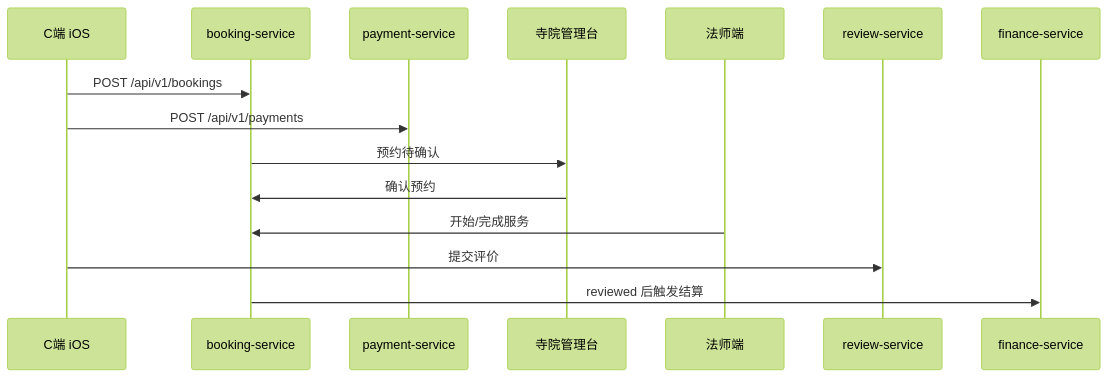
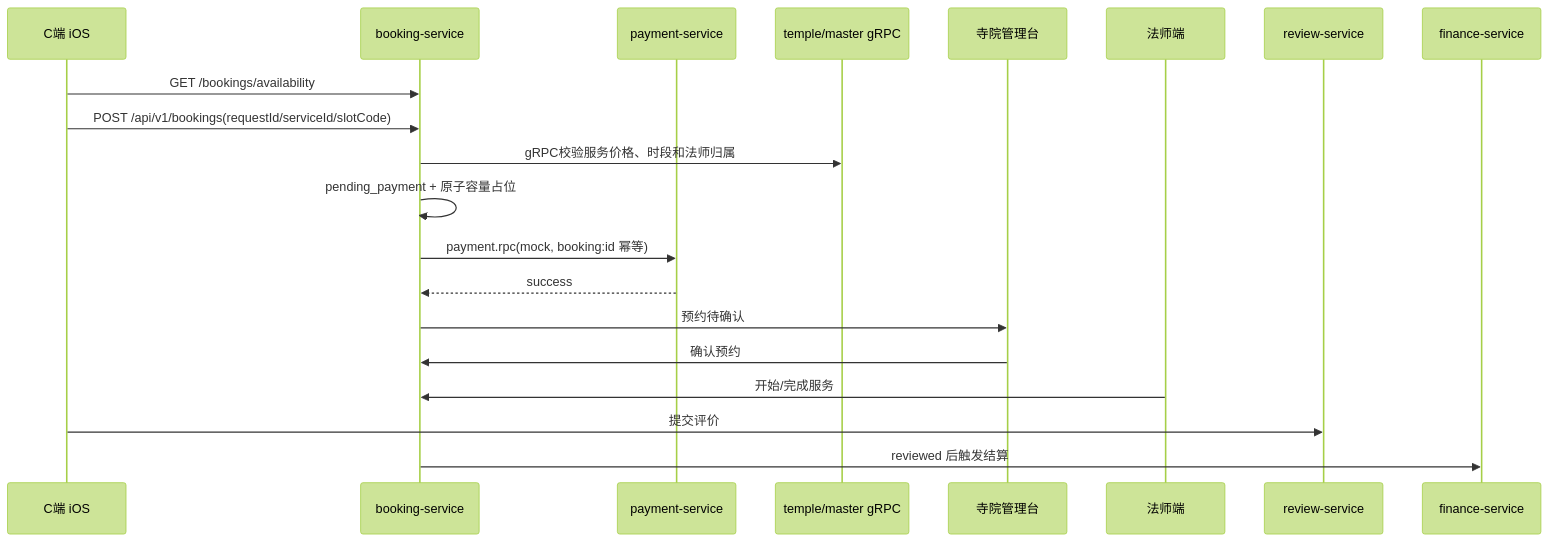
One commit to askxuan-dongfang/askxuan-docs changed the second of 3 diagrams in docs/product/业务逻辑对齐审计报告.md. Above: the diagram before and after it, drawn with Mermaid (forest theme). The commit also changed other lines of this file and 10 other files, not shown here.

Commit message:
docs: align booking payment and grpc contracts

````diff
--- a/docs/product/业务逻辑对齐审计报告.md
+++ b/docs/product/业务逻辑对齐审计报告.md
@@ -63,18 +67,23 @@
 ```mermaid
 sequenceDiagram
     participant C as C端 iOS
     participant B as booking-service
     participant P as payment-service
+	participant TS as temple/master gRPC
     participant T as 寺院管理台
     participant M as 法师端
     participant R as review-service
     participant F as finance-service
 
-    C->>B: POST /api/v1/bookings
-    C->>P: POST /api/v1/payments
+	C->>B: GET /bookings/availability
+	C->>B: POST /api/v1/bookings(requestId/serviceId/slotCode)
+	B->>TS: gRPC校验服务价格、时段和法师归属
+	B->>B: pending_payment + 原子容量占位
+	B->>P: payment.rpc(mock, booking:id 幂等)
+	P-->>B: success
     B->>T: 预约待确认
     T->>B: 确认预约
     M->>B: 开始/完成服务
     C->>R: 提交评价
     B->>F: reviewed 后触发结算
 ```
````
